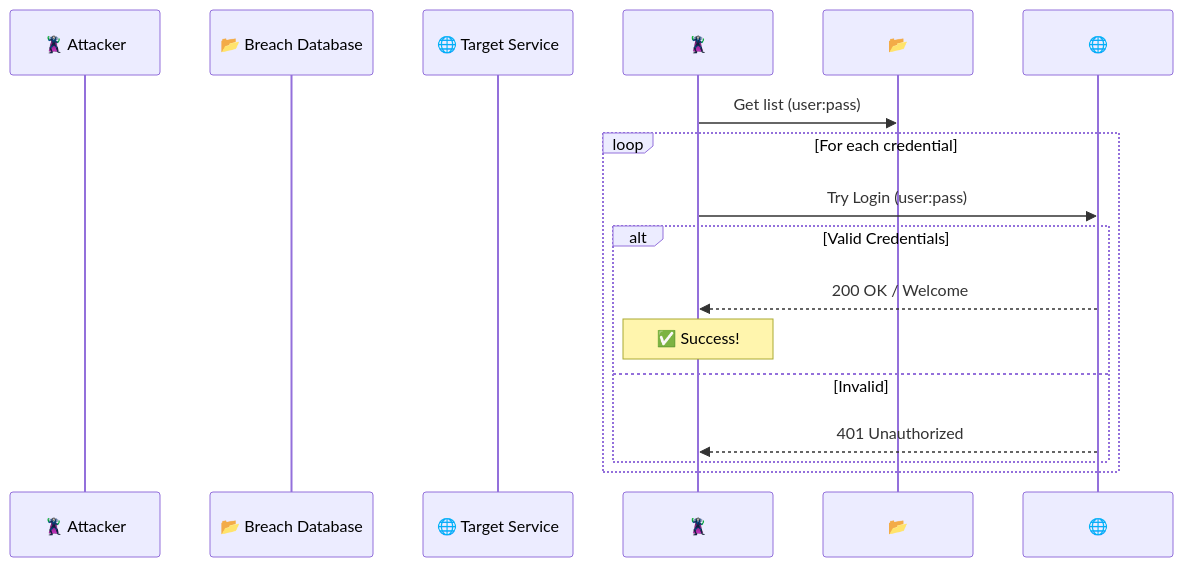
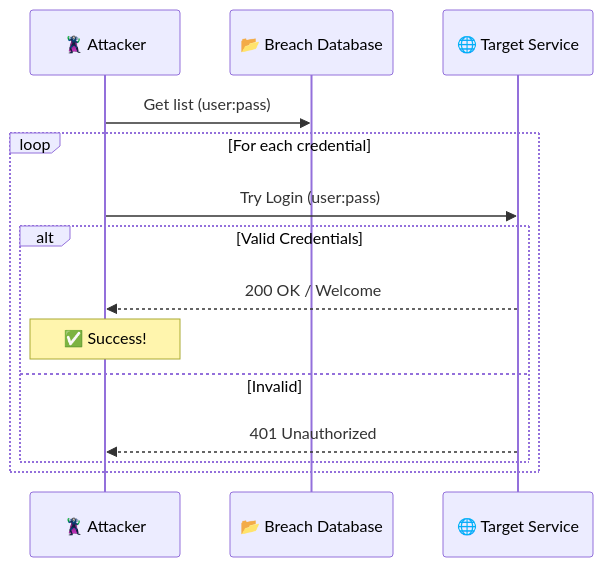
The diagram in exercises/module6/README.md (edelahozuah/intro-to-password-workshop), drawn with Mermaid before and after one commit. The commit also changed 5 other files, not shown here.

Commit message:
Fix Mermaid diagrams syntax for better compatibility

````diff
--- a/exercises/module6/README.md
+++ b/exercises/module6/README.md
@@ -16,17 +16,17 @@
 ```mermaid
 sequenceDiagram
-    participant 🦹 Attacker
-    participant 📂 Breach Database
-    participant 🌐 Target Service
+    participant A as 🦹 Attacker
+    participant D as 📂 Breach Database
+    participant T as 🌐 Target Service
     
-    🦹->>📂: Get list (user:pass)
+    A->>D: Get list (user:pass)
     loop For each credential
-        🦹->>🌐: Try Login (user:pass)
+        A->>T: Try Login (user:pass)
         alt Valid Credentials
-            🌐-->>🦹: 200 OK / Welcome
-            Note over 🦹: ✅ Success!
+            T-->>A: 200 OK / Welcome
+            Note over A: ✅ Success!
         else Invalid
-            🌐-->>🦹: 401 Unauthorized
+            T-->>A: 401 Unauthorized
         end
     end
 ```
````
